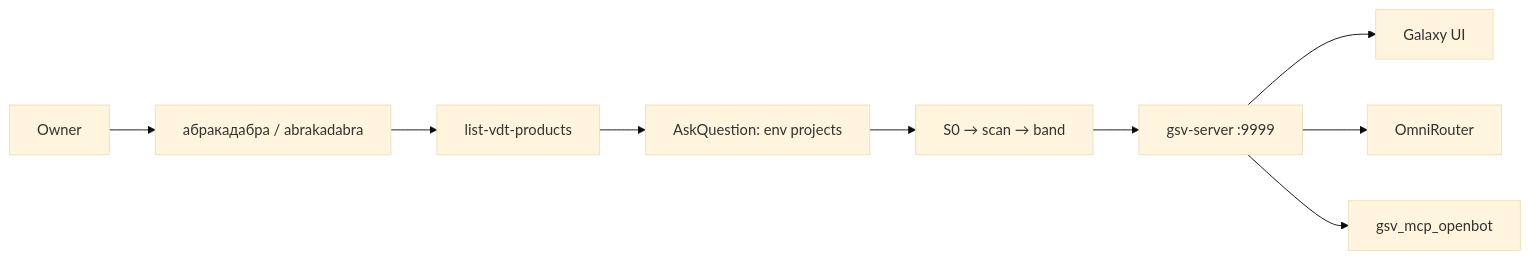
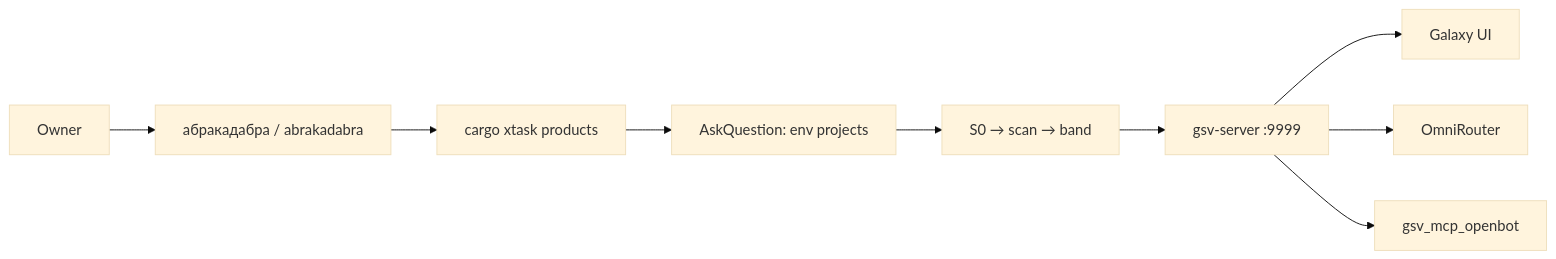
The diagram in README.md (platinoff/GSV), drawn with Mermaid (base theme) before and after one commit. The commit also changed other lines of this file and 79 other files, not shown here.

First line of the commit message:
feat(xtask): rust-first kit scripts via cargo xtask

````diff
--- a/README.md
+++ b/README.md
@@ -41,11 +41,11 @@
 ```mermaid
 flowchart LR
   Owner[Owner] --> Ask["абракадабра / abrakadabra"]
-  Ask --> Scan[list-vdt-products]
+  Ask --> Scan[cargo xtask products]
   Scan --> Pick[AskQuestion: env projects]
   Pick --> Drain[S0 → scan → band]
   Drain --> GSV[gsv-server :9999]
   GSV --> UI[Galaxy UI]
   GSV --> Omni[OmniRouter]
   GSV --> MCP[gsv_mcp_openbot]
 ```
````
